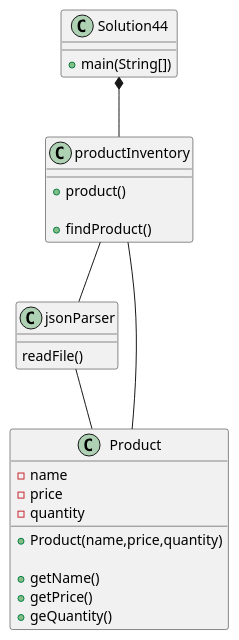
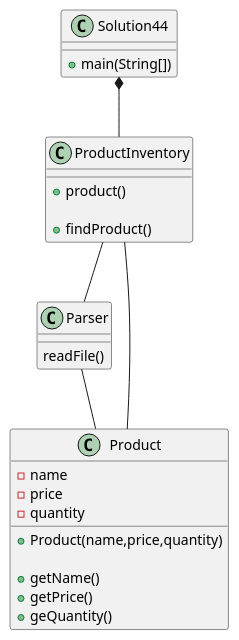
One commit to cachemoney-3000/samontanez-a04 changed the diagram in exercise44/docs/Solution44_ClassDiagram.puml. Above: the diagram before and after it, drawn with PlantUML. The commit also changed 17 other files, not shown here.

```diff
--- a/exercise44/docs/Solution44_ClassDiagram.puml
+++ b/exercise44/docs/Solution44_ClassDiagram.puml
@@ -1,50 +1,49 @@
 @startuml
 class Solution44 {
-    'attributes
     +main(String[])
         'BufferedReader bufferedReader = new BufferedReader(new InputStreamReader(System.in));
-        'productInventory inventory = new productInventory("data/exercise44_input.json");
+        'ProductInventory inventory = new ProductInventory("data/exercise44_input.json");
 
         'while loop that keeps looping if the product is not found
             'prompt user for a product
             'call the inventory.findProduct(search)
 
         'print out the final output
 }
 
-class jsonParser {
+class Parser {
     readFile()
         'parser object
         'store the product to an array
         'while loop that keeps iterating until no input is left
 }
 
 class Product{
     'attributes
     -name
     -price
     -quantity
 
     'constructor
     +Product(name,price,quantity)
 
      'getters
     +getName()
     +getPrice()
     +geQuantity()
 }
 
-class productInventory{
+class ProductInventory{
     'attribute
     +product()
 
     +findProduct()
-    'return a string wether a product is found or not
+    'return a string if a product is found or not
 
 }
 
-Solution44 *-- productInventory
-productInventory -- jsonParser
-productInventory -- Product
-jsonParser -- Product
+Solution44 *-- ProductInventory
+ProductInventory -- Parser
+ProductInventory -- Product
+Parser -- Product
 @enduml
```
